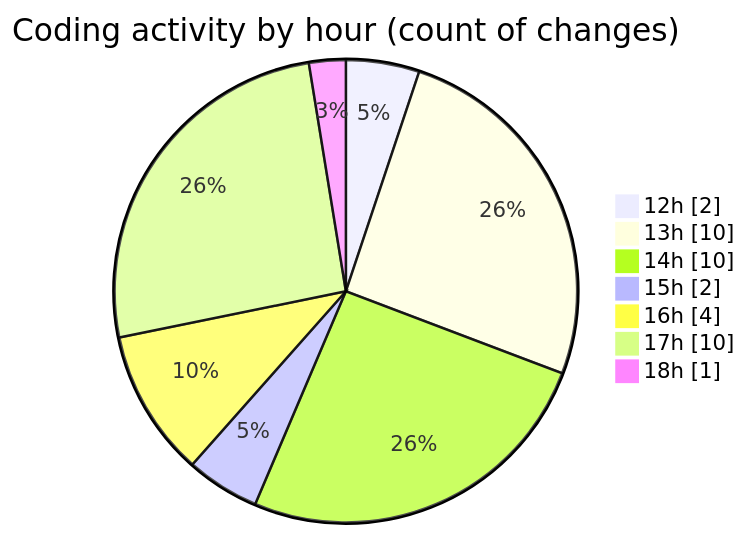
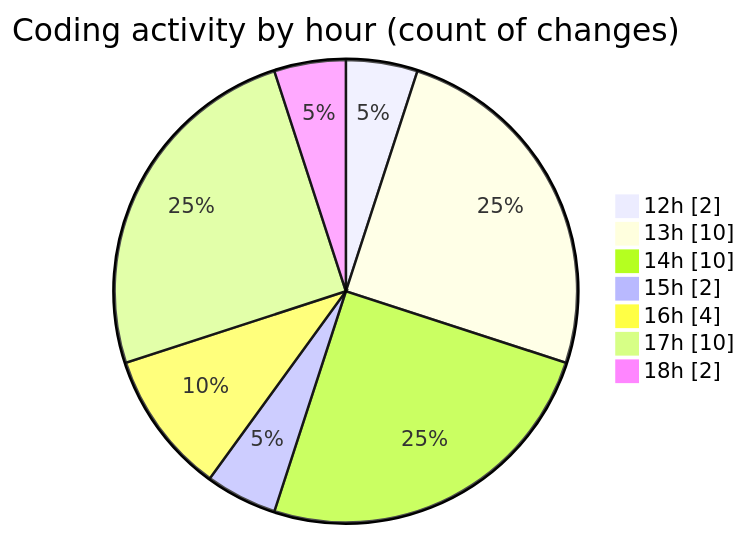
Before and after one commit to shibass792/code-tracking: the second of 2 diagrams in 2026-07-12/untitled__workspace_/README.md, drawn with Mermaid. The commit also changed other lines of this file and 1 other file, not shown here.

````diff
--- a/2026-07-12/untitled__workspace_/README.md
+++ b/2026-07-12/untitled__workspace_/README.md
@@ -39,11 +39,11 @@
 ```mermaid
 pie showData
 title Coding activity by hour (count of changes)
 "12h" : 2
 "13h" : 10
 "14h" : 10
 "15h" : 2
 "16h" : 4
 "17h" : 10
-"18h" : 1
+"18h" : 2
 ```
````
